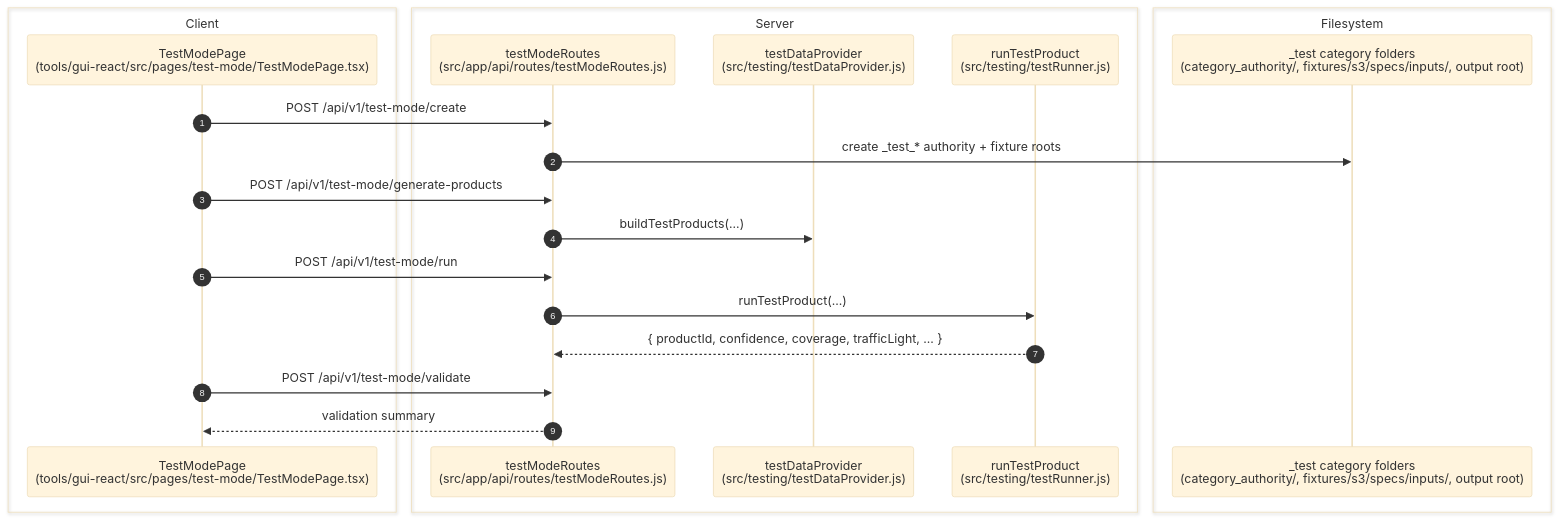
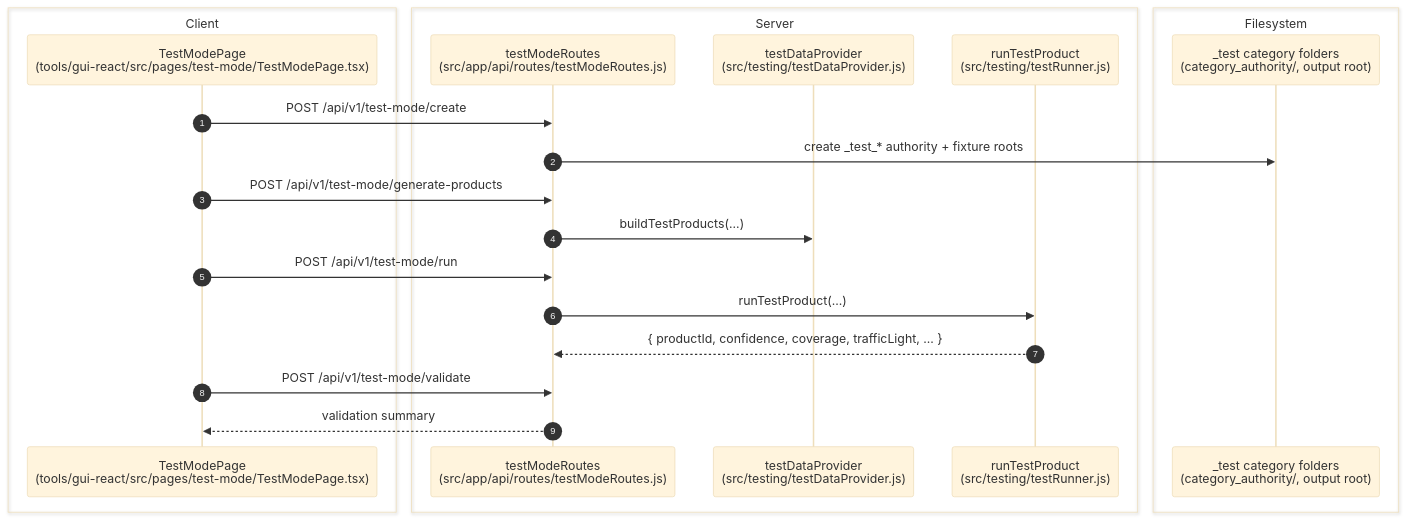
Before and after one commit to CdubVentures/Spec-Factory: the diagram in docs/04-features/test-mode.md, drawn with Mermaid. The commit also changed other lines of this file and 359 other files, not shown here.

````diff
--- a/docs/04-features/test-mode.md
+++ b/docs/04-features/test-mode.md
@@ -58,25 +57,25 @@
 ```mermaid
 %%{init: {'theme': 'base', 'themeVariables': { 'fontSize': '20px', 'actorWidth': 250, 'actorMargin': 200, 'boxMargin': 20 }}}%%
 sequenceDiagram
   autonumber
   box Client
     participant TestPage as TestModePage<br/>(tools/gui-react/src/pages/test-mode/TestModePage.tsx)
   end
   box Server
     participant TestRoutes as testModeRoutes<br/>(src/app/api/routes/testModeRoutes.js)
     participant Provider as testDataProvider<br/>(src/testing/testDataProvider.js)
     participant Runner as runTestProduct<br/>(src/testing/testRunner.js)
   end
   box Filesystem
-    participant TestCat as _test category folders<br/>(category_authority/, fixtures/s3/specs/inputs/, output root)
+    participant TestCat as _test category folders<br/>(category_authority/, output root)
   end
   TestPage->>TestRoutes: POST /api/v1/test-mode/create
   TestRoutes->>TestCat: create _test_* authority + fixture roots
   TestPage->>TestRoutes: POST /api/v1/test-mode/generate-products
   TestRoutes->>Provider: buildTestProducts(...)
   TestPage->>TestRoutes: POST /api/v1/test-mode/run
   TestRoutes->>Runner: runTestProduct(...)
   Runner-->>TestRoutes: { productId, confidence, coverage, trafficLight, ... }
   TestPage->>TestRoutes: POST /api/v1/test-mode/validate
   TestRoutes-->>TestPage: validation summary
 ```
````
